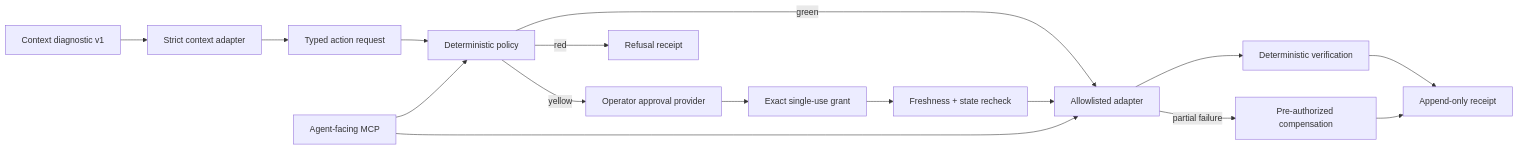
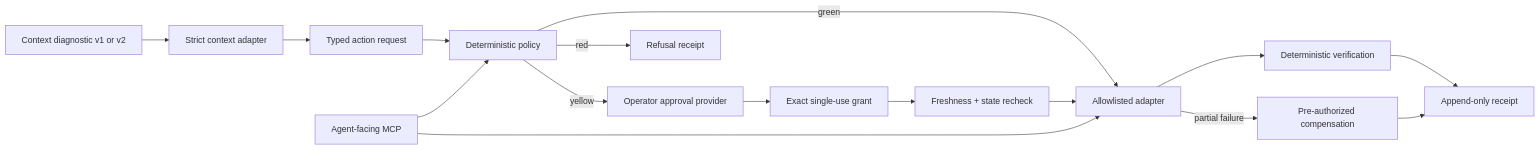
The diagram in README.md (Kaagemusha/governed-action-lab), drawn with Mermaid before and after one commit. The commit also changed other lines of this file and 19 other files, not shown here.

````diff
--- a/README.md
+++ b/README.md
@@ -179,18 +183,18 @@
 ```mermaid
 flowchart LR
-    C["Context diagnostic v1"] --> A["Strict context adapter"]
+    C["Context diagnostic v1 or v2"] --> A["Strict context adapter"]
     A --> Q["Typed action request"]
     Q --> P["Deterministic policy"]
     P -->|green| X["Allowlisted adapter"]
     P -->|yellow| H["Operator approval provider"]
     P -->|red| F["Refusal receipt"]
     H --> B["Exact single-use grant"]
     B --> R["Freshness + state recheck"]
     R --> X
     X --> V["Deterministic verification"]
     X -->|partial failure| K["Pre-authorized compensation"]
     V --> E["Append-only receipt"]
     K --> E
     M["Agent-facing MCP"] --> P
     M --> X
 ```
````
